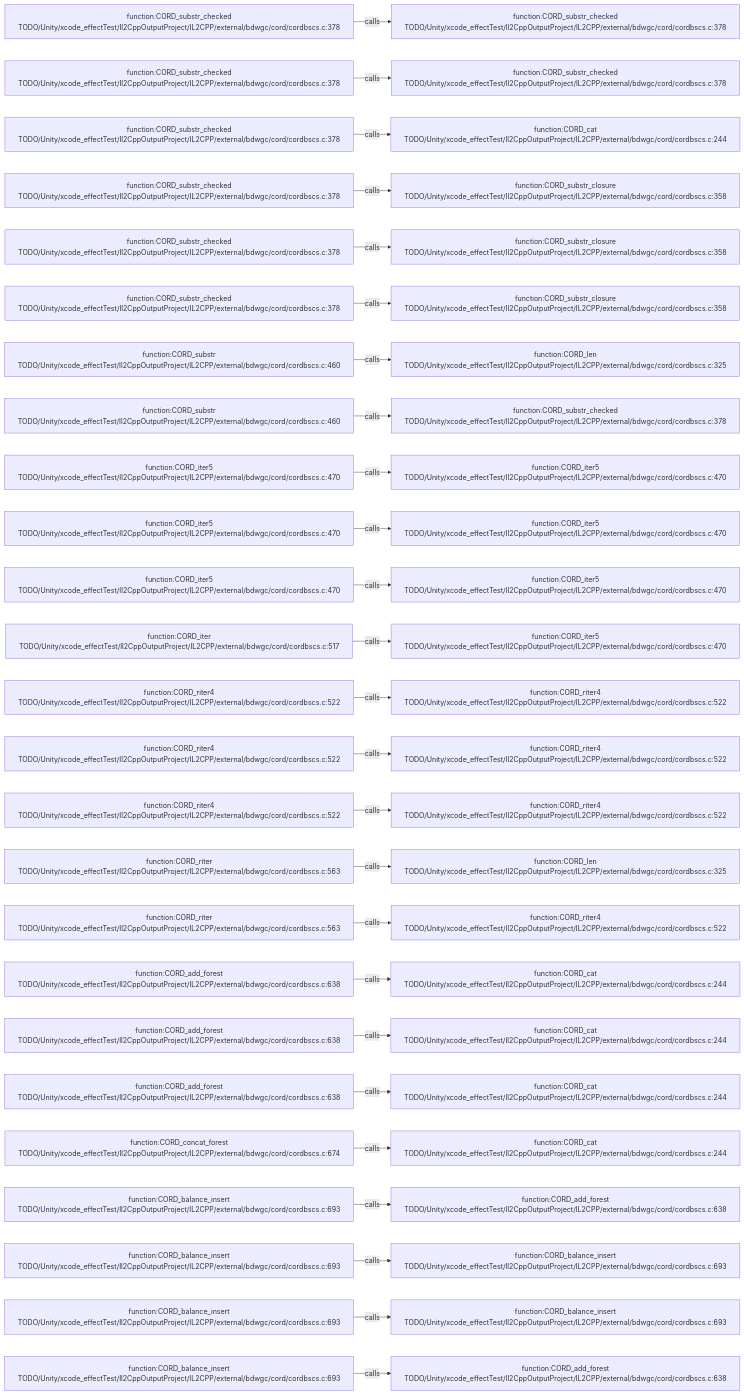
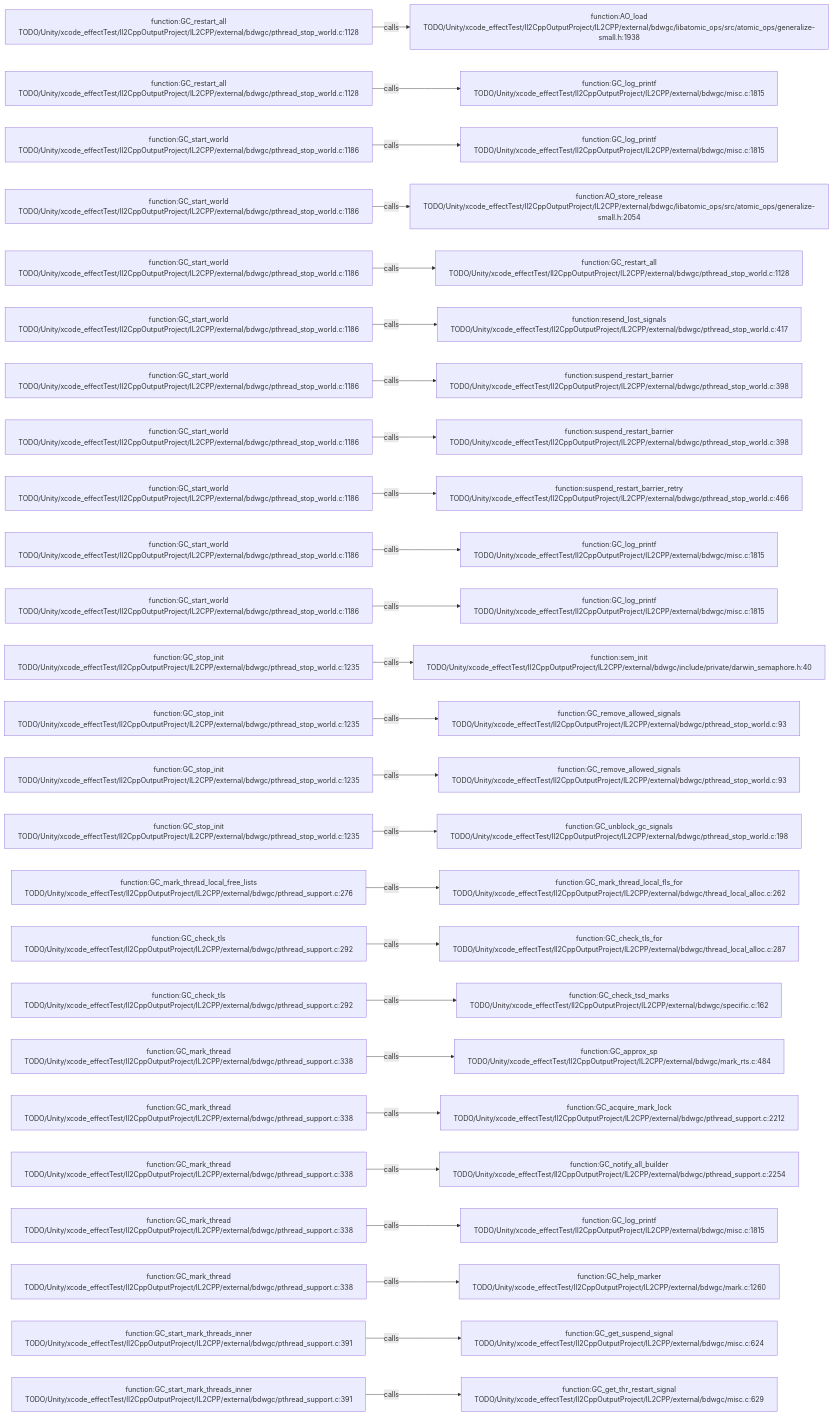
One commit to JobsKits/JobsSwiftBaseConfigDemo changed the diagram in .codegraph/codegraph.md/graphs/calls-151.md. Above: the diagram before and after it, drawn with Mermaid. The commit also changed 227 other files, not shown here.

````diff
--- a/.codegraph/codegraph.md/graphs/calls-151.md
+++ b/.codegraph/codegraph.md/graphs/calls-151.md
@@ -13,78 +13,78 @@
 ```mermaid
 flowchart LR
-  S1["function:CORD_substr_checked<br/>TODO/Unity/xcode_effectTest/Il2CppOutputProject/IL2CPP/external/bdwgc/cord/cordbscs.c:378"]
-  T1["function:CORD_substr_checked<br/>TODO/Unity/xcode_effectTest/Il2CppOutputProject/IL2CPP/external/bdwgc/cord/cordbscs.c:378"]
+  S1["function:GC_restart_all<br/>TODO/Unity/xcode_effectTest/Il2CppOutputProject/IL2CPP/external/bdwgc/pthread_stop_world.c:1128"]
+  T1["function:AO_load<br/>TODO/Unity/xcode_effectTest/Il2CppOutputProject/IL2CPP/external/bdwgc/libatomic_ops/src/atomic_ops/generalize-small.h:1938"]
   S1 -->|calls| T1
-  S2["function:CORD_substr_checked<br/>TODO/Unity/xcode_effectTest/Il2CppOutputProject/IL2CPP/external/bdwgc/cord/cordbscs.c:378"]
-  T2["function:CORD_substr_checked<br/>TODO/Unity/xcode_effectTest/Il2CppOutputProject/IL2CPP/external/bdwgc/cord/cordbscs.c:378"]
+  S2["function:GC_restart_all<br/>TODO/Unity/xcode_effectTest/Il2CppOutputProject/IL2CPP/external/bdwgc/pthread_stop_world.c:1128"]
+  T2["function:GC_log_printf<br/>TODO/Unity/xcode_effectTest/Il2CppOutputProject/IL2CPP/external/bdwgc/misc.c:1815"]
   S2 -->|calls| T2
-  S3["function:CORD_substr_checked<br/>TODO/Unity/xcode_effectTest/Il2CppOutputProject/IL2CPP/external/bdwgc/cord/cordbscs.c:378"]
-  T3["function:CORD_cat<br/>TODO/Unity/xcode_effectTest/Il2CppOutputProject/IL2CPP/external/bdwgc/cord/cordbscs.c:244"]
+  S3["function:GC_start_world<br/>TODO/Unity/xcode_effectTest/Il2CppOutputProject/IL2CPP/external/bdwgc/pthread_stop_world.c:1186"]
+  T3["function:GC_log_printf<br/>TODO/Unity/xcode_effectTest/Il2CppOutputProject/IL2CPP/external/bdwgc/misc.c:1815"]
   S3 -->|calls| T3
-  S4["function:CORD_substr_checked<br/>TODO/Unity/xcode_effectTest/Il2CppOutputProject/IL2CPP/external/bdwgc/cord/cordbscs.c:378"]
-  T4["function:CORD_substr_closure<br/>TODO/Unity/xcode_effectTest/Il2CppOutputProject/IL2CPP/external/bdwgc/cord/cordbscs.c:358"]
+  S4["function:GC_start_world<br/>TODO/Unity/xcode_effectTest/Il2CppOutputProject/IL2CPP/external/bdwgc/pthread_stop_world.c:1186"]
+  T4["function:AO_store_release<br/>TODO/Unity/xcode_effectTest/Il2CppOutputProject/IL2CPP/external/bdwgc/libatomic_ops/src/atomic_ops/generalize-small.h:2054"]
   S4 -->|calls| T4
-  S5["function:CORD_substr_checked<br/>TODO/Unity/xcode_effectTest/Il2CppOutputProject/IL2CPP/external/bdwgc/cord/cordbscs.c:378"]
-  T5["function:CORD_substr_closure<br/>TODO/Unity/xcode_effectTest/Il2CppOutputProject/IL2CPP/external/bdwgc/cord/cordbscs.c:358"]
+  S5["function:GC_start_world<br/>TODO/Unity/xcode_effectTest/Il2CppOutputProject/IL2CPP/external/bdwgc/pthread_stop_world.c:1186"]
+  T5["function:GC_restart_all<br/>TODO/Unity/xcode_effectTest/Il2CppOutputProject/IL2CPP/external/bdwgc/pthread_stop_world.c:1128"]
   S5 -->|calls| T5
-  S6["function:CORD_substr_checked<br/>TODO/Unity/xcode_effectTest/Il2CppOutputProject/IL2CPP/external/bdwgc/cord/cordbscs.c:378"]
-  T6["function:CORD_substr_closure<br/>TODO/Unity/xcode_effectTest/Il2CppOutputProject/IL2CPP/external/bdwgc/cord/cordbscs.c:358"]
+  S6["function:GC_start_world<br/>TODO/Unity/xcode_effectTest/Il2CppOutputProject/IL2CPP/external/bdwgc/pthread_stop_world.c:1186"]
+  T6["function:resend_lost_signals<br/>TODO/Unity/xcode_effectTest/Il2CppOutputProject/IL2CPP/external/bdwgc/pthread_stop_world.c:417"]
   S6 -->|calls| T6
-  S7["function:CORD_substr<br/>TODO/Unity/xcode_effectTest/Il2CppOutputProject/IL2CPP/external/bdwgc/cord/cordbscs.c:460"]
-  T7["function:CORD_len<br/>TODO/Unity/xcode_effectTest/Il2CppOutputProject/IL2CPP/external/bdwgc/cord/cordbscs.c:325"]
+  S7["function:GC_start_world<br/>TODO/Unity/xcode_effectTest/Il2CppOutputProject/IL2CPP/external/bdwgc/pthread_stop_world.c:1186"]
+  T7["function:suspend_restart_barrier<br/>TODO/Unity/xcode_effectTest/Il2CppOutputProject/IL2CPP/external/bdwgc/pthread_stop_world.c:398"]
   S7 -->|calls| T7
-  S8["function:CORD_substr<br/>TODO/Unity/xcode_effectTest/Il2CppOutputProject/IL2CPP/external/bdwgc/cord/cordbscs.c:460"]
-  T8["function:CORD_substr_checked<br/>TODO/Unity/xcode_effectTest/Il2CppOutputProject/IL2CPP/external/bdwgc/cord/cordbscs.c:378"]
+  S8["function:GC_start_world<br/>TODO/Unity/xcode_effectTest/Il2CppOutputProject/IL2CPP/external/bdwgc/pthread_stop_world.c:1186"]
+  T8["function:suspend_restart_barrier<br/>TODO/Unity/xcode_effectTest/Il2CppOutputProject/IL2CPP/external/bdwgc/pthread_stop_world.c:398"]
   S8 -->|calls| T8
-  S9["function:CORD_iter5<br/>TODO/Unity/xcode_effectTest/Il2CppOutputProject/IL2CPP/external/bdwgc/cord/cordbscs.c:470"]
-  T9["function:CORD_iter5<br/>TODO/Unity/xcode_effectTest/Il2CppOutputProject/IL2CPP/external/bdwgc/cord/cordbscs.c:470"]
+  S9["function:GC_start_world<br/>TODO/Unity/xcode_effectTest/Il2CppOutputProject/IL2CPP/external/bdwgc/pthread_stop_world.c:1186"]
+  T9["function:suspend_restart_barrier_retry<br/>TODO/Unity/xcode_effectTest/Il2CppOutputProject/IL2CPP/external/bdwgc/pthread_stop_world.c:466"]
   S9 -->|calls| T9
-  S10["function:CORD_iter5<br/>TODO/Unity/xcode_effectTest/Il2CppOutputProject/IL2CPP/external/bdwgc/cord/cordbscs.c:470"]
-  T10["function:CORD_iter5<br/>TODO/Unity/xcode_effectTest/Il2CppOutputProject/IL2CPP/external/bdwgc/cord/cordbscs.c:470"]
+  S10["function:GC_start_world<br/>TODO/Unity/xcode_effectTest/Il2CppOutputProject/IL2CPP/external/bdwgc/pthread_stop_world.c:1186"]
+  T10["function:GC_log_printf<br/>TODO/Unity/xcode_effectTest/Il2CppOutputProject/IL2CPP/external/bdwgc/misc.c:1815"]
   S10 -->|calls| T10
-  S11["function:CORD_iter5<br/>TODO/Unity/xcode_effectTest/Il2CppOutputProject/IL2CPP/external/bdwgc/cord/cordbscs.c:470"]
-  T11["function:CORD_iter5<br/>TODO/Unity/xcode_effectTest/Il2CppOutputProject/IL2CPP/external/bdwgc/cord/cordbscs.c:470"]
+  S11["function:GC_start_world<br/>TODO/Unity/xcode_effectTest/Il2CppOutputProject/IL2CPP/external/bdwgc/pthread_stop_world.c:1186"]
+  T11["function:GC_log_printf<br/>TODO/Unity/xcode_effectTest/Il2CppOutputProject/IL2CPP/external/bdwgc/misc.c:1815"]
   S11 -->|calls| T11
-  S12["function:CORD_iter<br/>TODO/Unity/xcode_effectTest/Il2CppOutputProject/IL2CPP/external/bdwgc/cord/cordbscs.c:517"]
-  T12["function:CORD_iter5<br/>TODO/Unity/xcode_effectTest/Il2CppOutputProject/IL2CPP/external/bdwgc/cord/cordbscs.c:470"]
+  S12["function:GC_stop_init<br/>TODO/Unity/xcode_effectTest/Il2CppOutputProject/IL2CPP/external/bdwgc/pthread_stop_world.c:1235"]
+  T12["function:sem_init<br/>TODO/Unity/xcode_effectTest/Il2CppOutputProject/IL2CPP/external/bdwgc/include/private/darwin_semaphore.h:40"]
   S12 -->|calls| T12
-  S13["function:CORD_riter4<br/>TODO/Unity/xcode_effectTest/Il2CppOutputProject/IL2CPP/external/bdwgc/cord/cordbscs.c:522"]
-  T13["function:CORD_riter4<br/>TODO/Unity/xcode_effectTest/Il2CppOutputProject/IL2CPP/external/bdwgc/cord/cordbscs.c:522"]
+  S13["function:GC_stop_init<br/>TODO/Unity/xcode_effectTest/Il2CppOutputProject/IL2CPP/external/bdwgc/pthread_stop_world.c:1235"]
+  T13["function:GC_remove_allowed_signals<br/>TODO/Unity/xcode_effectTest/Il2CppOutputProject/IL2CPP/external/bdwgc/pthread_stop_world.c:93"]
   S13 -->|calls| T13
-  S14["function:CORD_riter4<br/>TODO/Unity/xcode_effectTest/Il2CppOutputProject/IL2CPP/external/bdwgc/cord/cordbscs.c:522"]
-  T14["function:CORD_riter4<br/>TODO/Unity/xcode_effectTest/Il2CppOutputProject/IL2CPP/external/bdwgc/cord/cordbscs.c:522"]
+  S14["function:GC_stop_init<br/>TODO/Unity/xcode_effectTest/Il2CppOutputProject/IL2CPP/external/bdwgc/pthread_stop_world.c:1235"]
+  T14["function:GC_remove_allowed_signals<br/>TODO/Unity/xcode_effectTest/Il2CppOutputProject/IL2CPP/external/bdwgc/pthread_stop_world.c:93"]
   S14 -->|calls| T14
-  S15["function:CORD_riter4<br/>TODO/Unity/xcode_effectTest/Il2CppOutputProject/IL2CPP/external/bdwgc/cord/cordbscs.c:522"]
-  T15["function:CORD_riter4<br/>TODO/Unity/xcode_effectTest/Il2CppOutputProject/IL2CPP/external/bdwgc/cord/cordbscs.c:522"]
+  S15["function:GC_stop_init<br/>TODO/Unity/xcode_effectTest/Il2CppOutputProject/IL2CPP/external/bdwgc/pthread_stop_world.c:1235"]
+  T15["function:GC_unblock_gc_signals<br/>TODO/Unity/xcode_effectTest/Il2CppOutputProject/IL2CPP/external/bdwgc/pthread_stop_world.c:198"]
   S15 -->|calls| T15
-  S16["function:CORD_riter<br/>TODO/Unity/xcode_effectTest/Il2CppOutputProject/IL2CPP/external/bdwgc/cord/cordbscs.c:563"]
-  T16["function:CORD_len<br/>TODO/Unity/xcode_effectTest/Il2CppOutputProject/IL2CPP/external/bdwgc/cord/cordbscs.c:325"]
+  S16["function:GC_mark_thread_local_free_lists<br/>TODO/Unity/xcode_effectTest/Il2CppOutputProject/IL2CPP/external/bdwgc/pthread_support.c:276"]
+  T16["function:GC_mark_thread_local_fls_for<br/>TODO/Unity/xcode_effectTest/Il2CppOutputProject/IL2CPP/external/bdwgc/thread_local_alloc.c:262"]
   S16 -->|calls| T16
-  S17["function:CORD_riter<br/>TODO/Unity/xcode_effectTest/Il2CppOutputProject/IL2CPP/external/bdwgc/cord/cordbscs.c:563"]
-  T17["function:CORD_riter4<br/>TODO/Unity/xcode_effectTest/Il2CppOutputProject/IL2CPP/external/bdwgc/cord/cordbscs.c:522"]
+  S17["function:GC_check_tls<br/>TODO/Unity/xcode_effectTest/Il2CppOutputProject/IL2CPP/external/bdwgc/pthread_support.c:292"]
+  T17["function:GC_check_tls_for<br/>TODO/Unity/xcode_effectTest/Il2CppOutputProject/IL2CPP/external/bdwgc/thread_local_alloc.c:287"]
   S17 -->|calls| T17
-  S18["function:CORD_add_forest<br/>TODO/Unity/xcode_effectTest/Il2CppOutputProject/IL2CPP/external/bdwgc/cord/cordbscs.c:638"]
-  T18["function:CORD_cat<br/>TODO/Unity/xcode_effectTest/Il2CppOutputProject/IL2CPP/external/bdwgc/cord/cordbscs.c:244"]
+  S18["function:GC_check_tls<br/>TODO/Unity/xcode_effectTest/Il2CppOutputProject/IL2CPP/external/bdwgc/pthread_support.c:292"]
+  T18["function:GC_check_tsd_marks<br/>TODO/Unity/xcode_effectTest/Il2CppOutputProject/IL2CPP/external/bdwgc/specific.c:162"]
   S18 -->|calls| T18
-  S19["function:CORD_add_forest<br/>TODO/Unity/xcode_effectTest/Il2CppOutputProject/IL2CPP/external/bdwgc/cord/cordbscs.c:638"]
-  T19["function:CORD_cat<br/>TODO/Unity/xcode_effectTest/Il2CppOutputProject/IL2CPP/external/bdwgc/cord/cordbscs.c:244"]
+  S19["function:GC_mark_thread<br/>TODO/Unity/xcode_effectTest/Il2CppOutputProject/IL2CPP/external/bdwgc/pthread_support.c:338"]
+  T19["function:GC_approx_sp<br/>TODO/Unity/xcode_effectTest/Il2CppOutputProject/IL2CPP/external/bdwgc/mark_rts.c:484"]
   S19 -->|calls| T19
-  S20["function:CORD_add_forest<br/>TODO/Unity/xcode_effectTest/Il2CppOutputProject/IL2CPP/external/bdwgc/cord/cordbscs.c:638"]
-  T20["function:CORD_cat<br/>TODO/Unity/xcode_effectTest/Il2CppOutputProject/IL2CPP/external/bdwgc/cord/cordbscs.c:244"]
+  S20["function:GC_mark_thread<br/>TODO/Unity/xcode_effectTest/Il2CppOutputProject/IL2CPP/external/bdwgc/pthread_support.c:338"]
+  T20["function:GC_acquire_mark_lock<br/>TODO/Unity/xcode_effectTest/Il2CppOutputProject/IL2CPP/external/bdwgc/pthread_support.c:2212"]
   S20 -->|calls| T20
-  S21["function:CORD_concat_forest<br/>TODO/Unity/xcode_effectTest/Il2CppOutputProject/IL2CPP/external/bdwgc/cord/cordbscs.c:674"]
-  T21["function:CORD_cat<br/>TODO/Unity/xcode_effectTest/Il2CppOutputProject/IL2CPP/external/bdwgc/cord/cordbscs.c:244"]
+  S21["function:GC_mark_thread<br/>TODO/Unity/xcode_effectTest/Il2CppOutputProject/IL2CPP/external/bdwgc/pthread_support.c:338"]
+  T21["function:GC_notify_all_builder<br/>TODO/Unity/xcode_effectTest/Il2CppOutputProject/IL2CPP/external/bdwgc/pthread_support.c:2254"]
   S21 -->|calls| T21
-  S22["function:CORD_balance_insert<br/>TODO/Unity/xcode_effectTest/Il2CppOutputProject/IL2CPP/external/bdwgc/cord/cordbscs.c:693"]
-  T22["function:CORD_add_forest<br/>TODO/Unity/xcode_effectTest/Il2CppOutputProject/IL2CPP/external/bdwgc/cord/cordbscs.c:638"]
+  S22["function:GC_mark_thread<br/>TODO/Unity/xcode_effectTest/Il2CppOutputProject/IL2CPP/external/bdwgc/pthread_support.c:338"]
+  T22["function:GC_log_printf<br/>TODO/Unity/xcode_effectTest/Il2CppOutputProject/IL2CPP/external/bdwgc/misc.c:1815"]
   S22 -->|calls| T22
-  S23["function:CORD_balance_insert<br/>TODO/Unity/xcode_effectTest/Il2CppOutputProject/IL2CPP/external/bdwgc/cord/cordbscs.c:693"]
-  T23["function:CORD_balance_insert<br/>TODO/Unity/xcode_effectTest/Il2CppOutputProject/IL2CPP/external/bdwgc/cord/cordbscs.c:693"]
+  S23["function:GC_mark_thread<br/>TODO/Unity/xcode_effectTest/Il2CppOutputProject/IL2CPP/external/bdwgc/pthread_support.c:338"]
+  T23["function:GC_help_marker<br/>TODO/Unity/xcode_effectTest/Il2CppOutputProject/IL2CPP/external/bdwgc/mark.c:1260"]
   S23 -->|calls| T23
-  S24["function:CORD_balance_insert<br/>TODO/Unity/xcode_effectTest/Il2CppOutputProject/IL2CPP/external/bdwgc/cord/cordbscs.c:693"]
-  T24["function:CORD_balance_insert<br/>TODO/Unity/xcode_effectTest/Il2CppOutputProject/IL2CPP/external/bdwgc/cord/cordbscs.c:693"]
+  S24["function:GC_start_mark_threads_inner<br/>TODO/Unity/xcode_effectTest/Il2CppOutputProject/IL2CPP/external/bdwgc/pthread_support.c:391"]
+  T24["function:GC_get_suspend_signal<br/>TODO/Unity/xcode_effectTest/Il2CppOutputProject/IL2CPP/external/bdwgc/misc.c:624"]
   S24 -->|calls| T24
-  S25["function:CORD_balance_insert<br/>TODO/Unity/xcode_effectTest/Il2CppOutputProject/IL2CPP/external/bdwgc/cord/cordbscs.c:693"]
-  T25["function:CORD_add_forest<br/>TODO/Unity/xcode_effectTest/Il2CppOutputProject/IL2CPP/external/bdwgc/cord/cordbscs.c:638"]
+  S25["function:GC_start_mark_threads_inner<br/>TODO/Unity/xcode_effectTest/Il2CppOutputProject/IL2CPP/external/bdwgc/pthread_support.c:391"]
+  T25["function:GC_get_thr_restart_signal<br/>TODO/Unity/xcode_effectTest/Il2CppOutputProject/IL2CPP/external/bdwgc/misc.c:629"]
   S25 -->|calls| T25
 ```
````
